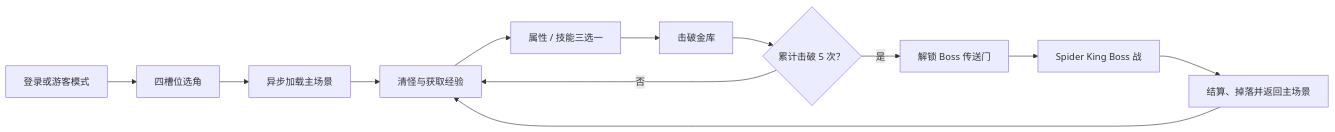
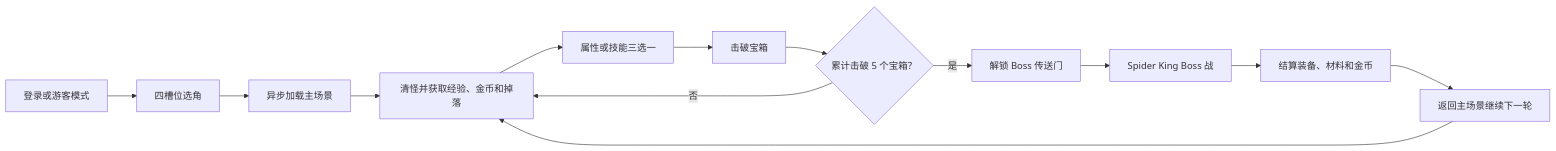
One commit to forrsine/Treasure-Hunter changed the first of 3 diagrams in README.md. Above: the diagram before and after it, drawn with Mermaid. The commit also changed other lines of this file and 2601 other files, not shown here.

````diff
--- a/README.md
+++ b/README.md
@@ -43,14 +33,15 @@
 ```mermaid
 flowchart LR
     A["登录或游客模式"] --> B["四槽位选角"]
     B --> C["异步加载主场景"]
-    C --> D["清怪与获取经验"]
-    D --> E["属性 / 技能三选一"]
-    E --> F["击破金库"]
-    F --> G{"累计击破 5 次？"}
+    C --> D["清怪并获取经验、金币和掉落"]
+    D --> E["属性或技能三选一"]
+    E --> F["击破宝箱"]
+    F --> G{"累计击破 5 个宝箱？"}
     G -->|否| D
     G -->|是| H["解锁 Boss 传送门"]
     H --> I["Spider King Boss 战"]
-    I --> J["结算、掉落并返回主场景"]
-    J --> D
+    I --> J["结算装备、材料和金币"]
+    J --> K["返回主场景继续下一轮"]
+    K --> D
 ```
````
